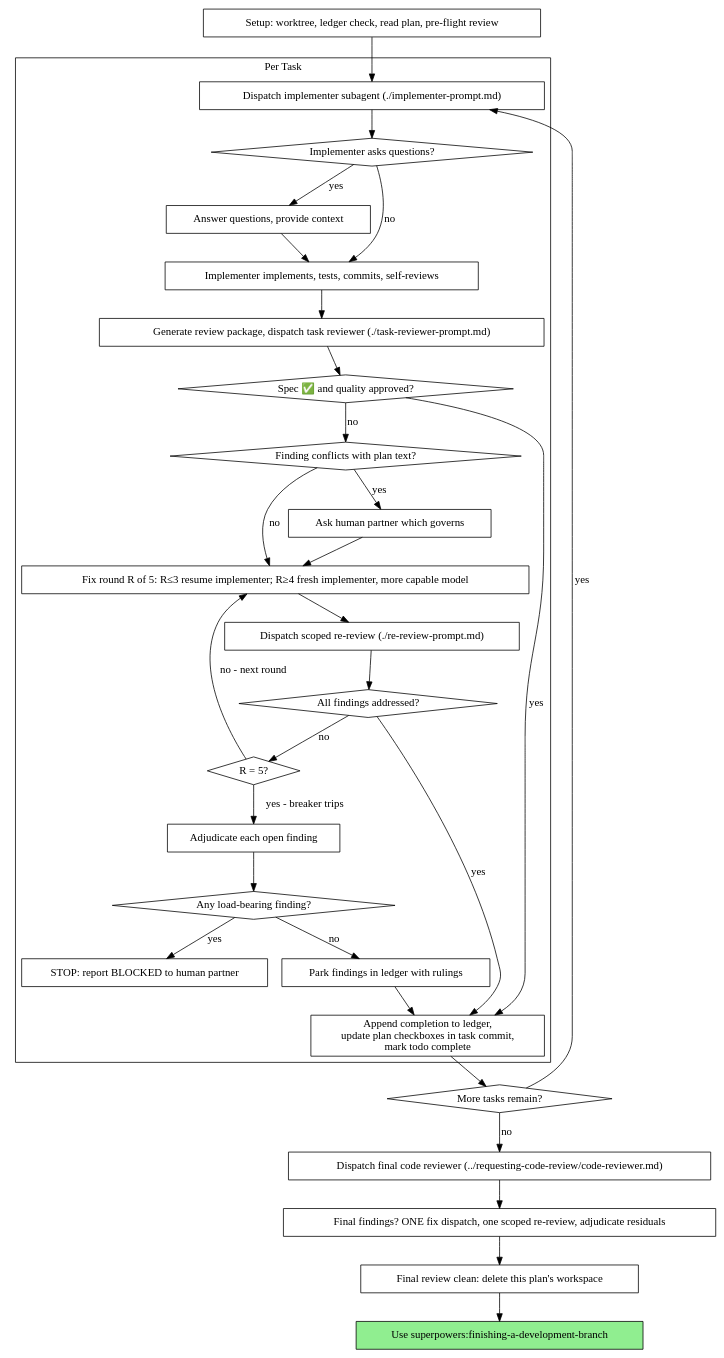
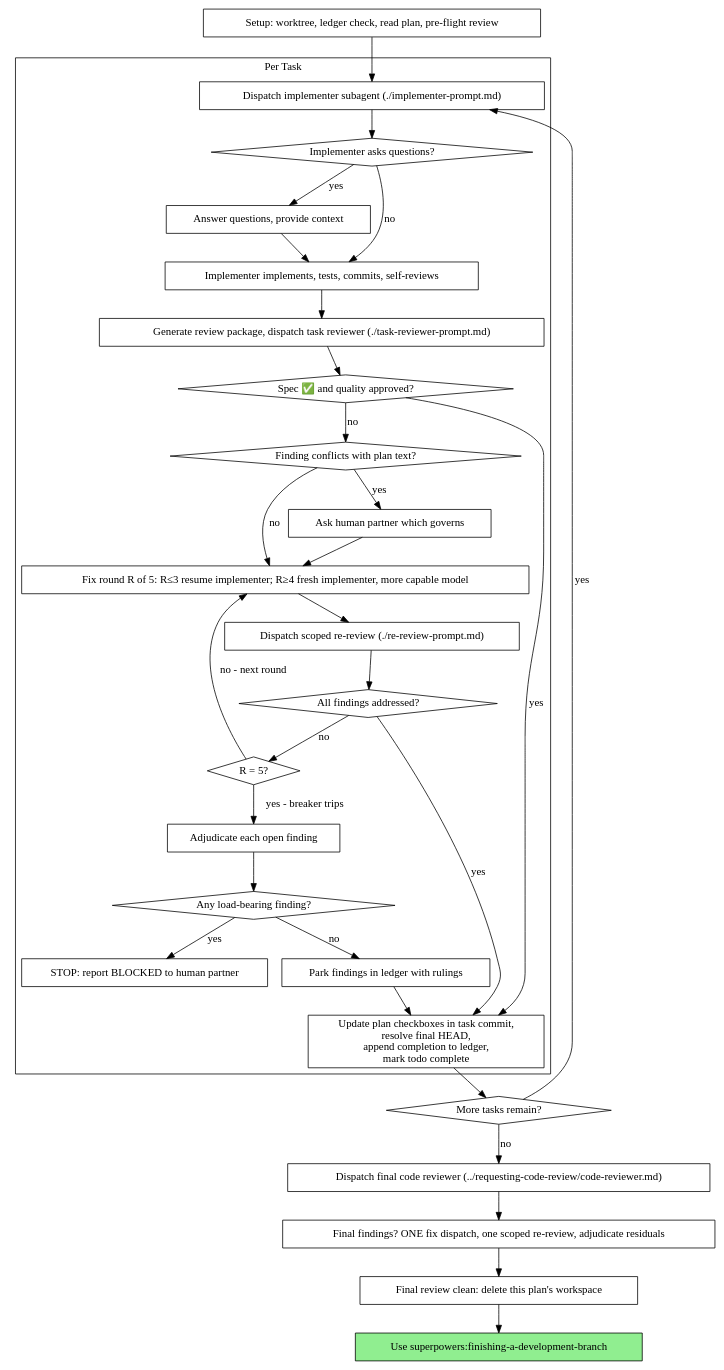
One commit to jasoncarr95/superpowers changed the second of 2 diagrams in skills/subagent-driven-development/SKILL.md. Above: the diagram before and after it, drawn with Graphviz. The commit also changed other lines of this file, not shown here.

Commit message:
fix(sdd): record final amended task commit

````diff
--- a/skills/subagent-driven-development/SKILL.md
+++ b/skills/subagent-driven-development/SKILL.md
@@ -47,62 +47,62 @@
 ```dot
 digraph process {
     rankdir=TB;
 
     subgraph cluster_per_task {
         label="Per Task";
         "Dispatch implementer subagent (./implementer-prompt.md)" [shape=box];
         "Implementer asks questions?" [shape=diamond];
         "Answer questions, provide context" [shape=box];
         "Implementer implements, tests, commits, self-reviews" [shape=box];
         "Generate review package, dispatch task reviewer (./task-reviewer-prompt.md)" [shape=box];
         "Spec ✅ and quality approved?" [shape=diamond];
         "Finding conflicts with plan text?" [shape=diamond];
         "Ask human partner which governs" [shape=box];
         "Fix round R of 5: R≤3 resume implementer; R≥4 fresh implementer, more capable model" [shape=box];
         "Dispatch scoped re-review (./re-review-prompt.md)" [shape=box];
         "All findings addressed?" [shape=diamond];
         "R = 5?" [shape=diamond];
         "Adjudicate each open finding" [shape=box];
         "Any load-bearing finding?" [shape=diamond];
         "STOP: report BLOCKED to human partner" [shape=box];
         "Park findings in ledger with rulings" [shape=box];
-        "Append completion to ledger,\nupdate plan checkboxes in task commit,\nmark todo complete" [shape=box];
+        "Update plan checkboxes in task commit,\nresolve final HEAD,\nappend completion to ledger,\nmark todo complete" [shape=box];
     }
 
     "Setup: worktree, ledger check, read plan, pre-flight review" [shape=box];
     "More tasks remain?" [shape=diamond];
     "Dispatch final code reviewer (../requesting-code-review/code-reviewer.md)" [shape=box];
     "Final findings? ONE fix dispatch, one scoped re-review, adjudicate residuals" [shape=box];
     "Final review clean: delete this plan's workspace" [shape=box];
     "Use superpowers:finishing-a-development-branch" [shape=box style=filled fillcolor=lightgreen];
 
     "Setup: worktree, ledger check, read plan, pre-flight review" -> "Dispatch implementer subagent (./implementer-prompt.md)";
     "Dispatch implementer subagent (./implementer-prompt.md)" -> "Implementer asks questions?";
     "Implementer asks questions?" -> "Answer questions, provide context" [label="yes"];
     "Answer questions, provide context" -> "Implementer implements, tests, commits, self-reviews";
     "Implementer asks questions?" -> "Implementer implements, tests, commits, self-reviews" [label="no"];
     "Implementer implements, tests, commits, self-reviews" -> "Generate review package, dispatch task reviewer (./task-reviewer-prompt.md)";
     "Generate review package, dispatch task reviewer (./task-reviewer-prompt.md)" -> "Spec ✅ and quality approved?";
-    "Spec ✅ and quality approved?" -> "Append completion to ledger,\nupdate plan checkboxes in task commit,\nmark todo complete" [label="yes"];
+    "Spec ✅ and quality approved?" -> "Update plan checkboxes in task commit,\nresolve final HEAD,\nappend completion to ledger,\nmark todo complete" [label="yes"];
     "Spec ✅ and quality approved?" -> "Finding conflicts with plan text?" [label="no"];
     "Finding conflicts with plan text?" -> "Ask human partner which governs" [label="yes"];
     "Ask human partner which governs" -> "Fix round R of 5: R≤3 resume implementer; R≥4 fresh implementer, more capable model";
     "Finding conflicts with plan text?" -> "Fix round R of 5: R≤3 resume implementer; R≥4 fresh implementer, more capable model" [label="no"];
     "Fix round R of 5: R≤3 resume implementer; R≥4 fresh implementer, more capable model" -> "Dispatch scoped re-review (./re-review-prompt.md)";
     "Dispatch scoped re-review (./re-review-prompt.md)" -> "All findings addressed?";
-    "All findings addressed?" -> "Append completion to ledger,\nupdate plan checkboxes in task commit,\nmark todo complete" [label="yes"];
+    "All findings addressed?" -> "Update plan checkboxes in task commit,\nresolve final HEAD,\nappend completion to ledger,\nmark todo complete" [label="yes"];
     "All findings addressed?" -> "R = 5?" [label="no"];
     "R = 5?" -> "Fix round R of 5: R≤3 resume implementer; R≥4 fresh implementer, more capable model" [label="no - next round"];
     "R = 5?" -> "Adjudicate each open finding" [label="yes - breaker trips"];
     "Adjudicate each open finding" -> "Any load-bearing finding?";
     "Any load-bearing finding?" -> "STOP: report BLOCKED to human partner" [label="yes"];
     "Any load-bearing finding?" -> "Park findings in ledger with rulings" [label="no"];
-    "Park findings in ledger with rulings" -> "Append completion to ledger,\nupdate plan checkboxes in task commit,\nmark todo complete";
-    "Append completion to ledger,\nupdate plan checkboxes in task commit,\nmark todo complete" -> "More tasks remain?";
+    "Park findings in ledger with rulings" -> "Update plan checkboxes in task commit,\nresolve final HEAD,\nappend completion to ledger,\nmark todo complete";
+    "Update plan checkboxes in task commit,\nresolve final HEAD,\nappend completion to ledger,\nmark todo complete" -> "More tasks remain?";
     "More tasks remain?" -> "Dispatch implementer subagent (./implementer-prompt.md)" [label="yes"];
     "More tasks remain?" -> "Dispatch final code reviewer (../requesting-code-review/code-reviewer.md)" [label="no"];
     "Dispatch final code reviewer (../requesting-code-review/code-reviewer.md)" -> "Final findings? ONE fix dispatch, one scoped re-review, adjudicate residuals";
     "Final findings? ONE fix dispatch, one scoped re-review, adjudicate residuals" -> "Final review clean: delete this plan's workspace";
     "Final review clean: delete this plan's workspace" -> "Use superpowers:finishing-a-development-branch";
 }
 ```
````
